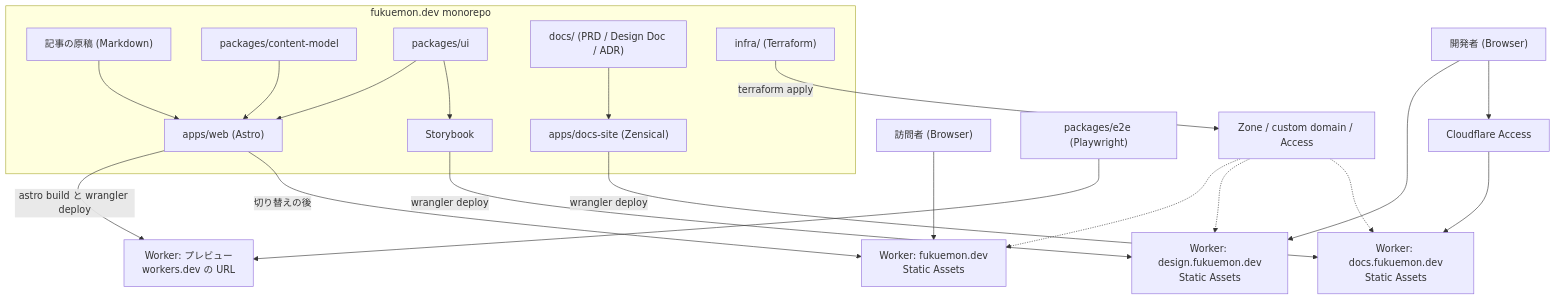
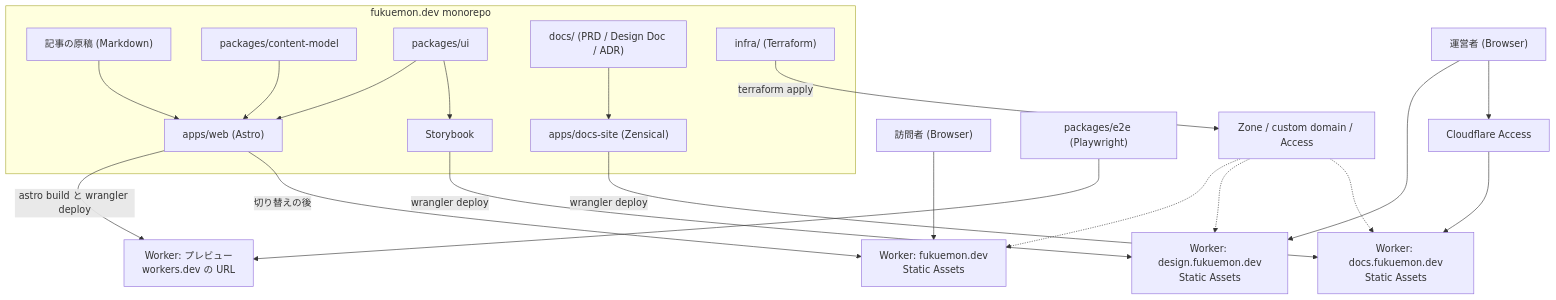
One commit to Fukuemon/fukuemon.dev changed the first of 2 diagrams in design/DesignDoc.md. Above: the diagram before and after it, drawn with Mermaid. The commit also changed other lines of this file and 3 other files, not shown here.

````diff
--- a/design/DesignDoc.md
+++ b/design/DesignDoc.md
@@ -63,26 +63,26 @@
 ```mermaid
 flowchart TD
     reader["訪問者 (Browser)"] --> site["Worker: fukuemon.dev<br/>Static Assets"]
-    dev["開発者 (Browser)"] --> catalog["Worker: design.fukuemon.dev<br/>Static Assets"]
+    dev["運営者 (Browser)"] --> catalog["Worker: design.fukuemon.dev<br/>Static Assets"]
     dev --> access["Cloudflare Access"]
     access --> docsw["Worker: docs.fukuemon.dev<br/>Static Assets"]
     e2e["packages/e2e (Playwright)"] --> preview["Worker: プレビュー<br/>workers.dev の URL"]
 
     subgraph repo ["fukuemon.dev monorepo"]
         md["記事の原稿 (Markdown)"] --> web["apps/web (Astro)"]
         cm["packages/content-model"] --> web
         ui["packages/ui"] --> web
         ui --> sb["Storybook"]
         docs["docs/ (PRD / Design Doc / ADR)"] --> ds["apps/docs-site (Zensical)"]
         infra["infra/ (Terraform)"]
     end
 
     web -->|"astro build と wrangler deploy"| preview
     web -->|"切り替えの後"| site
     sb -->|"wrangler deploy"| catalog
     ds -->|"wrangler deploy"| docsw
     infra -->|"terraform apply"| cfbase["Zone / custom domain / Access"]
     cfbase -.-> site
     cfbase -.-> catalog
     cfbase -.-> docsw
 ```
````
